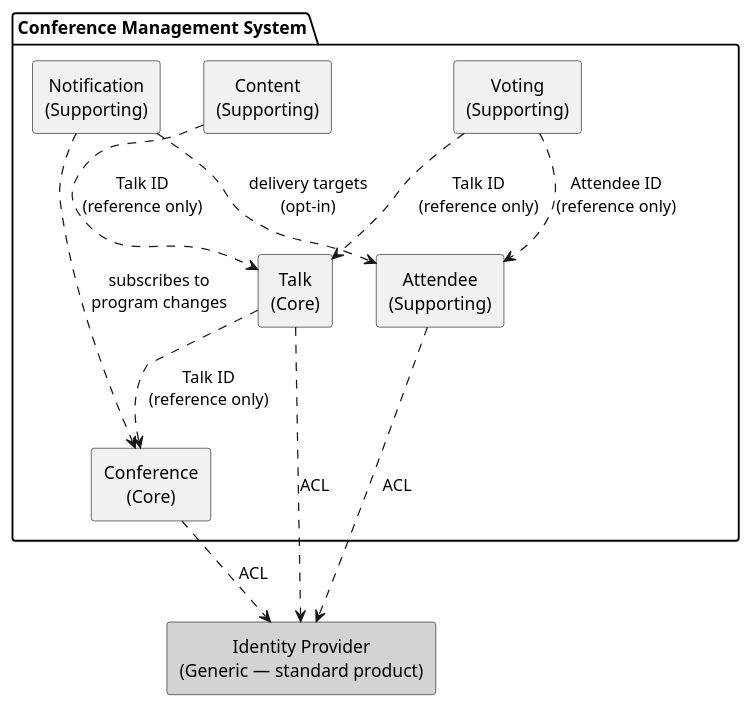
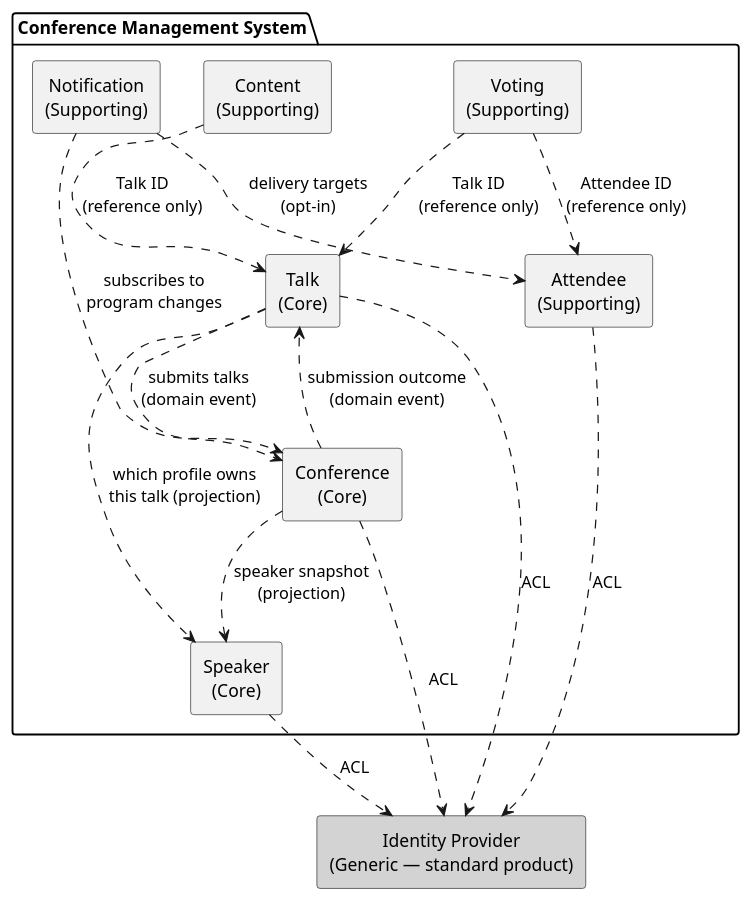
Before and after one commit to andreaslausen/ConferenceExample: the diagram in src/documentation/chapters/05_building_block_view.adoc, drawn with PlantUML. The commit also changed other lines of this file and 247 other files, not shown here.

```diff
--- a/src/documentation/chapters/05_building_block_view.adoc
+++ b/src/documentation/chapters/05_building_block_view.adoc
@@ -7,29 +7,34 @@
 [plantuml, bounded-context-map, png]
 ....
 @startuml
 skinparam componentStyle rectangle
 skinparam defaultTextAlignment center
 
 package "Conference Management System" {
+  component "Speaker\n(Core)" as spk
+  component "Talk\n(Core)" as sess
   component "Conference\n(Core)" as conf
-  component "Talk\n(Core)" as sess
   component "Voting\n(Supporting)" as vote
   component "Notification\n(Supporting)" as notif
   component "Attendee\n(Supporting)" as att
   component "Content\n(Supporting)" as content
 }
 
 component "Identity Provider\n(Generic — standard product)" as idp #LightGray
 
-sess ..> conf : Talk ID\n(reference only)
+sess ..> spk : which profile owns\nthis talk (projection)
+sess ..> conf : submits talks\n(domain event)
+conf ..> sess : submission outcome\n(domain event)
+conf ..> spk : speaker snapshot\n(projection)
 vote ..> sess : Talk ID\n(reference only)
 vote ..> att : Attendee ID\n(reference only)
 notif ..> conf : subscribes to\nprogram changes
 notif ..> att : delivery targets\n(opt-in)
 content ..> sess : Talk ID\n(reference only)
 conf ..> idp : ACL
 sess ..> idp : ACL
+spk ..> idp : ACL
 att ..> idp : ACL
 
 @enduml
 ....
```
